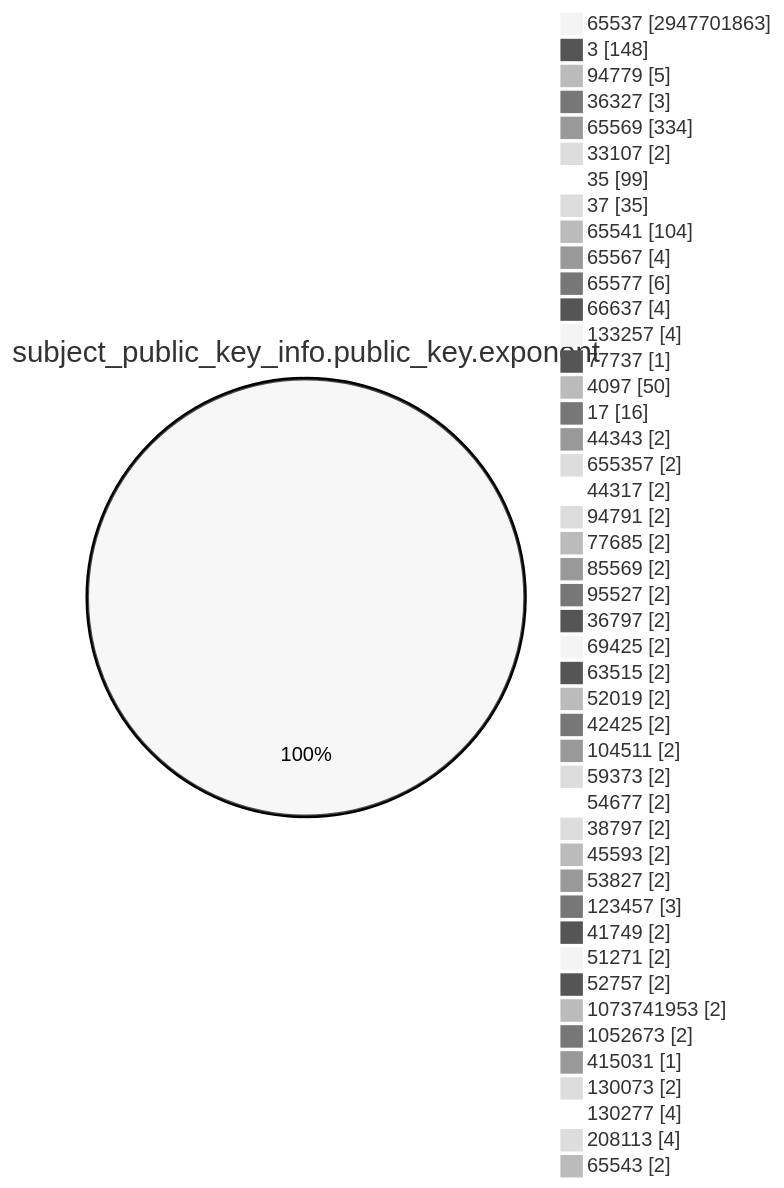
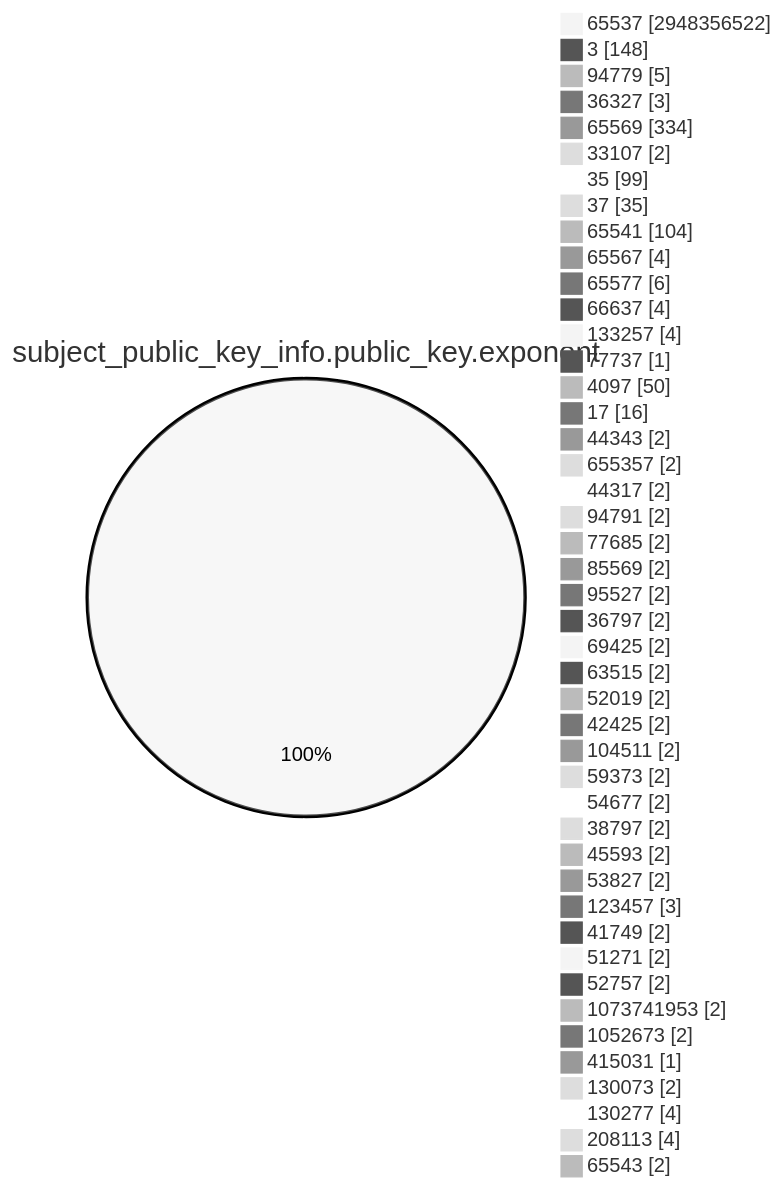
The fourth of 15 diagrams in TOTAL/README.md (christiankrug/ctmonitor_visualization), drawn with Mermaid (neutral theme) before and after one commit. The commit also changed other lines of this file, not shown here.

````diff
--- a/TOTAL/README.md
+++ b/TOTAL/README.md
@@ -1471,49 +1471,49 @@
 ```mermaid
 pie showData
 title subject_public_key_info.public_key.exponent
-"65537" :2947701863
+"65537" :2948356522
 "3" :148
 "94779" :5
 "36327" :3
 "65569" :334
 "33107" :2
 "35" :99
 "37" :35
 "65541" :104
 "65567" :4
 "65577" :6
 "66637" :4
 "133257" :4
 "77737" :1
 "4097" :50
 "17" :16
 "44343" :2
 "655357" :2
 "44317" :2
 "94791" :2
 "77685" :2
 "85569" :2
 "95527" :2
 "36797" :2
 "69425" :2
 "63515" :2
 "52019" :2
 "42425" :2
 "104511" :2
 "59373" :2
 "54677" :2
 "38797" :2
 "45593" :2
 "53827" :2
 "123457" :3
 "41749" :2
 "51271" :2
 "52757" :2
 "1073741953" :2
 "1052673" :2
 "415031" :1
 "130073" :2
 "130277" :4
 "208113" :4
 "65543" :2
 ```
````
